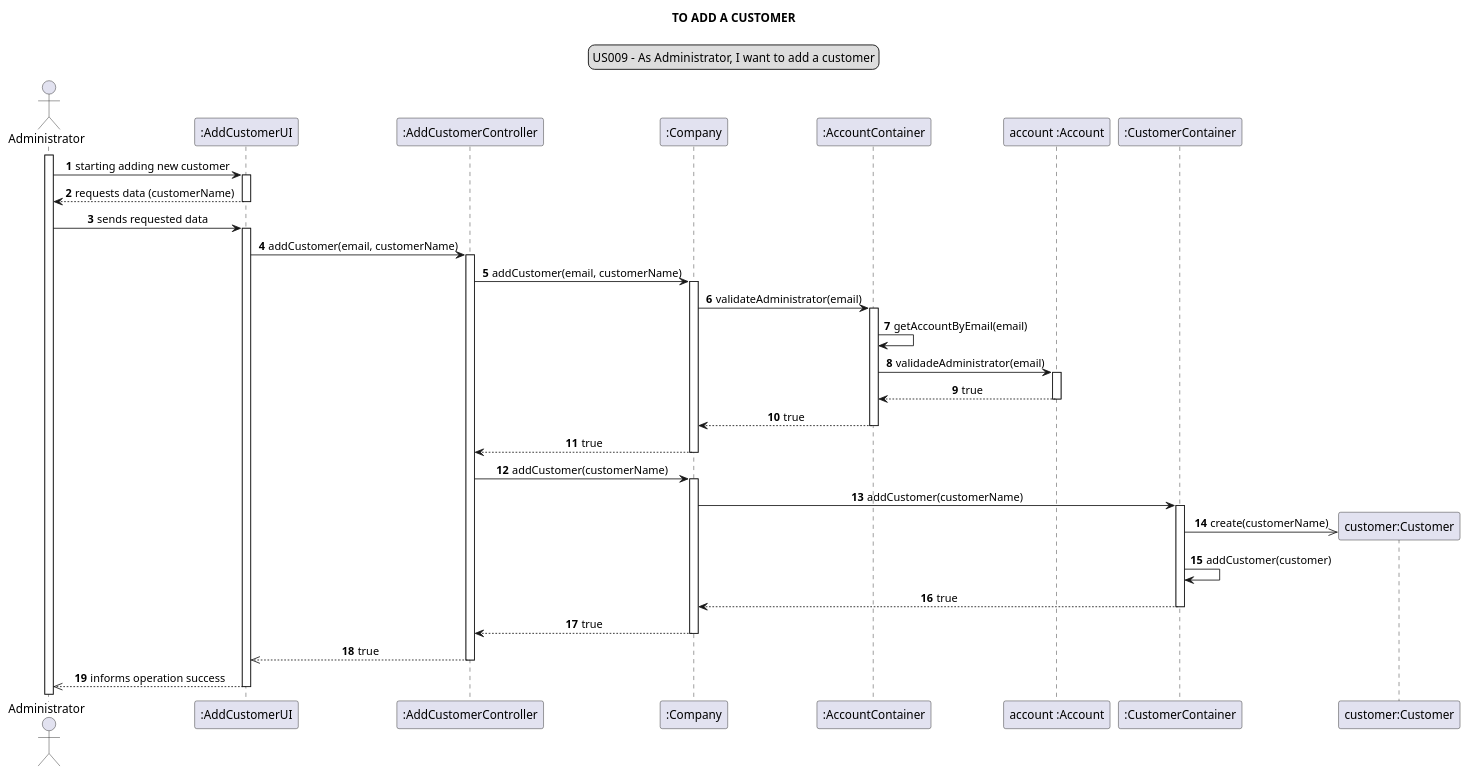
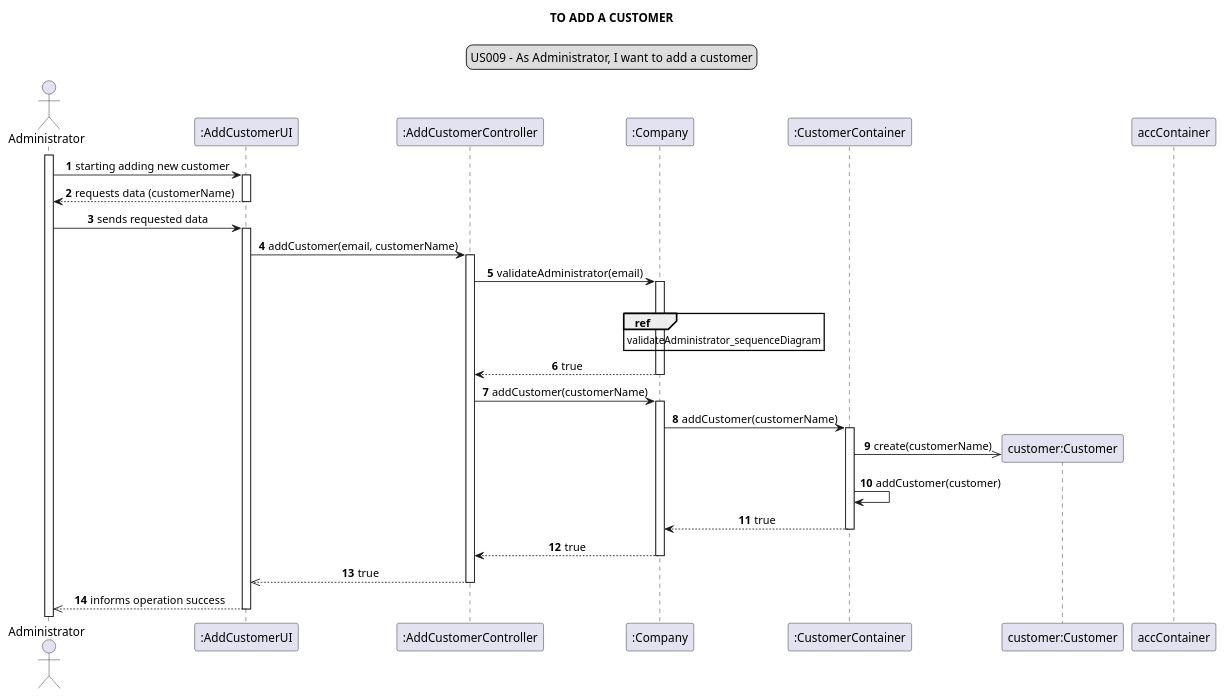
The diagram in docs/modelling_design/user_stories/sprint02/us009/US009_sequenceDiagram.puml (Loracline/project_switch_22-23), drawn with PlantUML before and after one commit. The commit also changed 1 other file, not shown here.

Commit message:
US009: Design: Refined Sequence Diagram and Development: method addCustomer of AddCustomerController.

```diff
--- a/docs/modelling_design/user_stories/sprint02/us009/US009_sequenceDiagram.puml
+++ b/docs/modelling_design/user_stories/sprint02/us009/US009_sequenceDiagram.puml
@@ -1,57 +1,50 @@
 @startuml
 skinparam sequenceMessageAlign center
 title TO ADD A CUSTOMER
 legend top
 US009 - As Administrator, I want to add a customer
 end legend
 autonumber
 actor Administrator
 participant ":AddCustomerUI" as ui
 participant ":AddCustomerController" as controller
 participant ":Company" as company
-participant ":AccountContainer" as accContainer
-participant "account :Account" as acc
 participant ":CustomerContainer" as container
 participant "customer:Customer" as customer
 
 activate Administrator
 Administrator -> ui: starting adding new customer
 activate ui
 ui --> Administrator: requests data (customerName)
 deactivate ui
 Administrator -> ui: sends requested data
 activate ui
 ui -> controller: addCustomer(email, customerName)
 activate controller
-controller -> company: addCustomer(email, customerName)
+controller -> company: validateAdministrator(email)
 activate company
-company -> accContainer: validateAdministrator(email)
-activate accContainer
-accContainer -> accContainer: getAccountByEmail(email)
-accContainer -> acc: validadeAdministrator(email)
-activate acc
-acc --> accContainer: true
-deactivate acc
-accContainer --> company: true
+
+ref over company: validateAdministrator_sequenceDiagram
+
 deactivate accContainer
 company --> controller: true
 deactivate company
 controller -> company: addCustomer(customerName)
 activate company
 company -> container: addCustomer(customerName)
 create customer
 activate container
 container ->> customer: create(customerName)
 container -> container: addCustomer(customer)
 container --> company: true
 deactivate container
 company --> controller: true
 deactivate company
 
 
 controller -->> ui: true
 deactivate controller
 ui -->>Administrator: informs operation success
 deactivate ui
 
 @enduml
```
